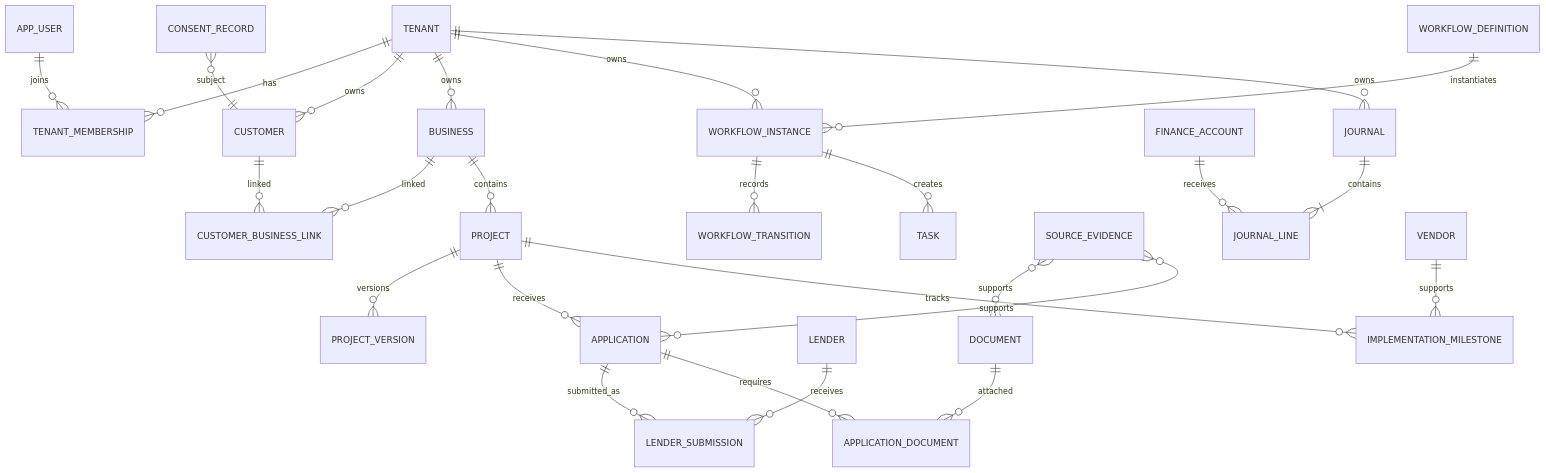
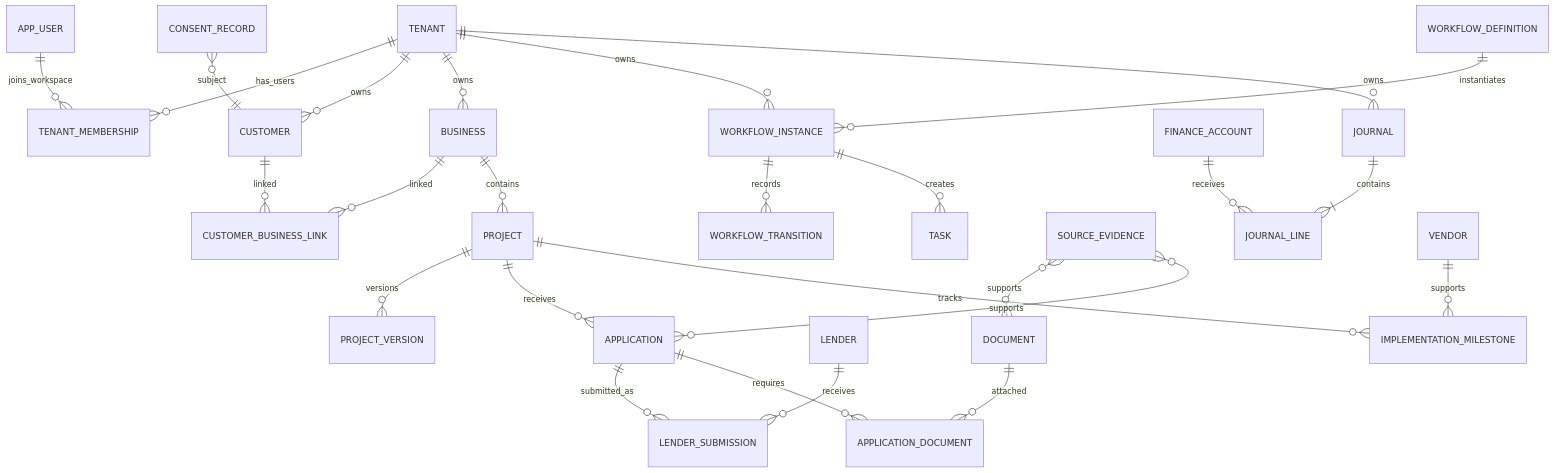
One commit to pullatsulthan-source/ALGORITHM changed the diagram in docs/database/ALGORITHM_DATABASE_ARCHITECTURE_V1.md. Above: the diagram before and after it, drawn with Mermaid. The commit also changed other lines of this file, not shown here.

Commit message:
docs(database): record single-workspace architecture decision

````diff
--- a/docs/database/ALGORITHM_DATABASE_ARCHITECTURE_V1.md
+++ b/docs/database/ALGORITHM_DATABASE_ARCHITECTURE_V1.md
@@ -18,28 +20,28 @@
 ```mermaid
 erDiagram
-    TENANT ||--o{ TENANT_MEMBERSHIP : has
-    APP_USER ||--o{ TENANT_MEMBERSHIP : joins
+    TENANT ||--o{ TENANT_MEMBERSHIP : has_users
+    APP_USER ||--o{ TENANT_MEMBERSHIP : joins_workspace
     TENANT ||--o{ CUSTOMER : owns
     CUSTOMER ||--o{ CUSTOMER_BUSINESS_LINK : linked
     BUSINESS ||--o{ CUSTOMER_BUSINESS_LINK : linked
     TENANT ||--o{ BUSINESS : owns
     BUSINESS ||--o{ PROJECT : contains
     PROJECT ||--o{ PROJECT_VERSION : versions
     PROJECT ||--o{ APPLICATION : receives
     APPLICATION ||--o{ LENDER_SUBMISSION : submitted_as
     LENDER ||--o{ LENDER_SUBMISSION : receives
     APPLICATION ||--o{ APPLICATION_DOCUMENT : requires
     DOCUMENT ||--o{ APPLICATION_DOCUMENT : attached
     WORKFLOW_DEFINITION ||--o{ WORKFLOW_INSTANCE : instantiates
     WORKFLOW_INSTANCE ||--o{ WORKFLOW_TRANSITION : records
     WORKFLOW_INSTANCE ||--o{ TASK : creates
     TENANT ||--o{ WORKFLOW_INSTANCE : owns
     CONSENT_RECORD }o--|| CUSTOMER : subject
     SOURCE_EVIDENCE }o--o{ DOCUMENT : supports
     SOURCE_EVIDENCE }o--o{ APPLICATION : supports
     FINANCE_ACCOUNT ||--o{ JOURNAL_LINE : receives
     JOURNAL ||--|{ JOURNAL_LINE : contains
     TENANT ||--o{ JOURNAL : owns
     VENDOR ||--o{ IMPLEMENTATION_MILESTONE : supports
     PROJECT ||--o{ IMPLEMENTATION_MILESTONE : tracks
 ```
````
